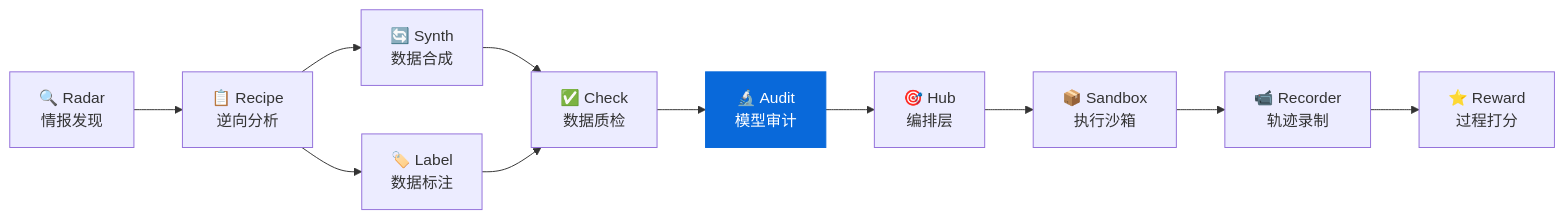
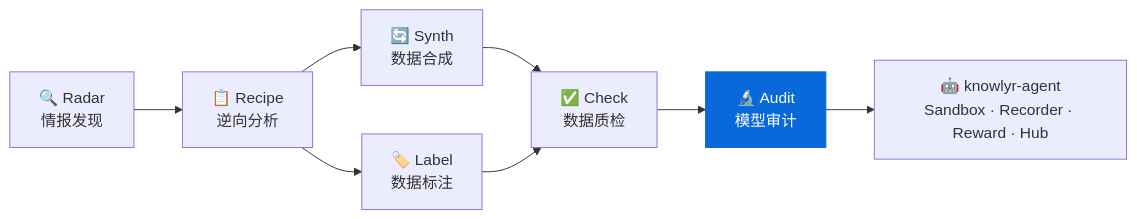
One commit to liuxiaotong/model-audit changed the first of 2 diagrams in README.md. Above: the diagram before and after it, drawn with Mermaid. The commit also changed other lines of this file, not shown here.

Commit message:
更新 README: 生态表改为 knowlyr-agent monorepo，新增测试徽章

````diff
--- a/README.md
+++ b/README.md
@@ -273,14 +274,11 @@
 ```mermaid
 graph LR
     Radar["🔍 Radar<br/>情报发现"] --> Recipe["📋 Recipe<br/>逆向分析"]
     Recipe --> Synth["🔄 Synth<br/>数据合成"]
     Recipe --> Label["🏷️ Label<br/>数据标注"]
     Synth --> Check["✅ Check<br/>数据质检"]
     Label --> Check
     Check --> Audit["🔬 Audit<br/>模型审计"]
-    Audit --> Hub["🎯 Hub<br/>编排层"]
-    Hub --> Sandbox["📦 Sandbox<br/>执行沙箱"]
-    Sandbox --> Recorder["📹 Recorder<br/>轨迹录制"]
-    Recorder --> Reward["⭐ Reward<br/>过程打分"]
+    Audit --> Agent["🤖 knowlyr-agent<br/>Sandbox · Recorder · Reward · Hub"]
     style Audit fill:#0969da,color:#fff,stroke:#0969da
 ```
````
